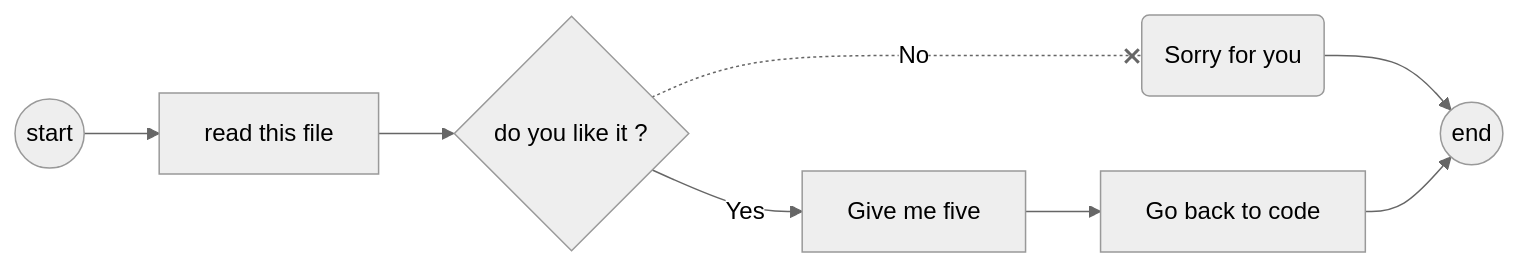
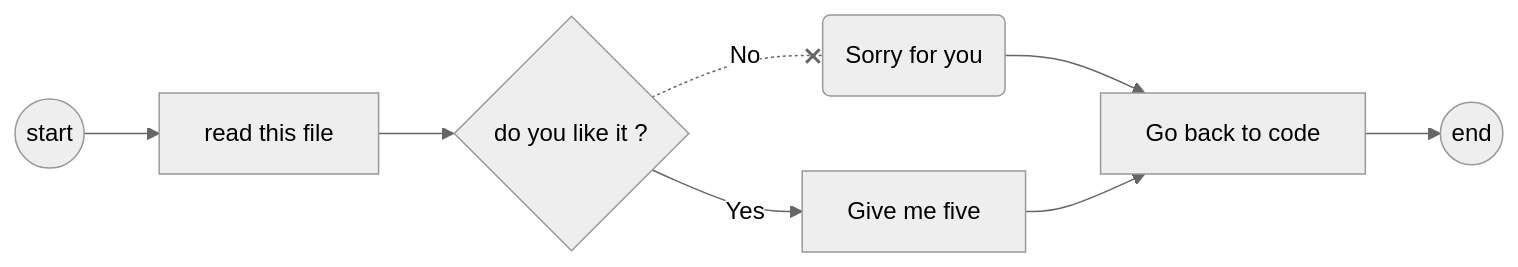
One commit to BarrierAntho/Survivor_Note changed the first of 3 diagrams in mermaid/README.md. Above: the diagram before and after it, drawn with Mermaid (neutral theme). The commit also changed other lines of this file, not shown here.

Commit message:
mermaid, init content

````diff
--- a/mermaid/README.md
+++ b/mermaid/README.md
@@ -3,9 +3,9 @@
 ```mermaid
 flowchart LR
 A((start)) --> B[read this file]
 B --> C{do you like it ?}
 C -.-x |No| D(Sorry for you)
 C --> |Yes| E[Give me five]
-E --> F[Go back to code]
-D & F --> G((end))
+D & E --> F[Go back to code]
+F --> G((end))
 ```
````
